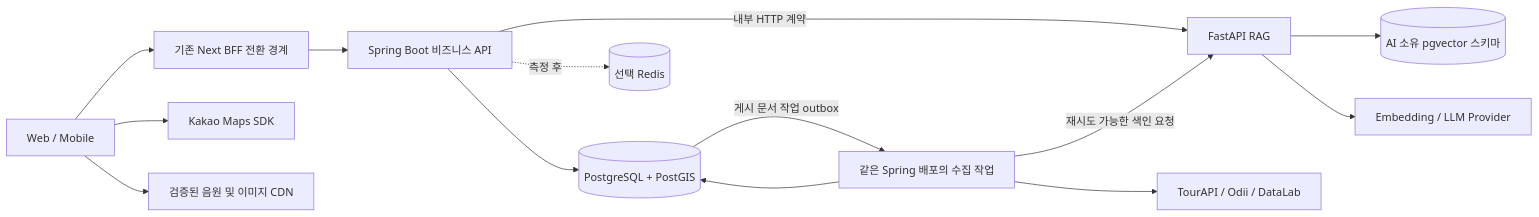
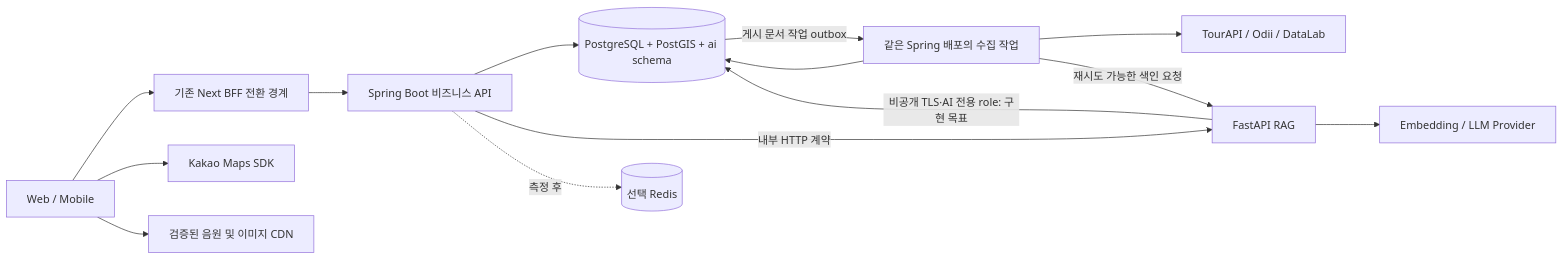
One commit to YRootLab/OnMaru-backend changed the first of 2 diagrams in docs/planning/architecture-blueprint.md. Above: the diagram before and after it, drawn with Mermaid. The commit also changed other lines of this file and 50 other files, not shown here.

````diff
--- a/docs/planning/architecture-blueprint.md
+++ b/docs/planning/architecture-blueprint.md
@@ -35,16 +37,16 @@
 ```mermaid
 flowchart LR
   FE[Web / Mobile] --> BFF[기존 Next BFF 전환 경계]
   BFF --> BOOT[Spring Boot 비즈니스 API]
   FE --> MAP[Kakao Maps SDK]
   FE --> CDN[검증된 음원 및 이미지 CDN]
-  BOOT --> PG[(PostgreSQL + PostGIS)]
+  BOOT --> PG[(PostgreSQL + PostGIS + ai schema)]
   BOOT -->|내부 HTTP 계약| AI[FastAPI RAG]
-  AI --> VEC[(AI 소유 pgvector 스키마)]
+  AI -->|비공개 TLS·AI 전용 role: 구현 목표| PG
   AI --> LLM[Embedding / LLM Provider]
   JOB[같은 Spring 배포의 수집 작업] --> EXT[TourAPI / Odii / DataLab]
   JOB --> PG
   PG -->|게시 문서 작업 outbox| JOB
   JOB -->|재시도 가능한 색인 요청| AI
   BOOT -. 측정 후 .-> CACHE[(선택 Redis)]
 ```
````
